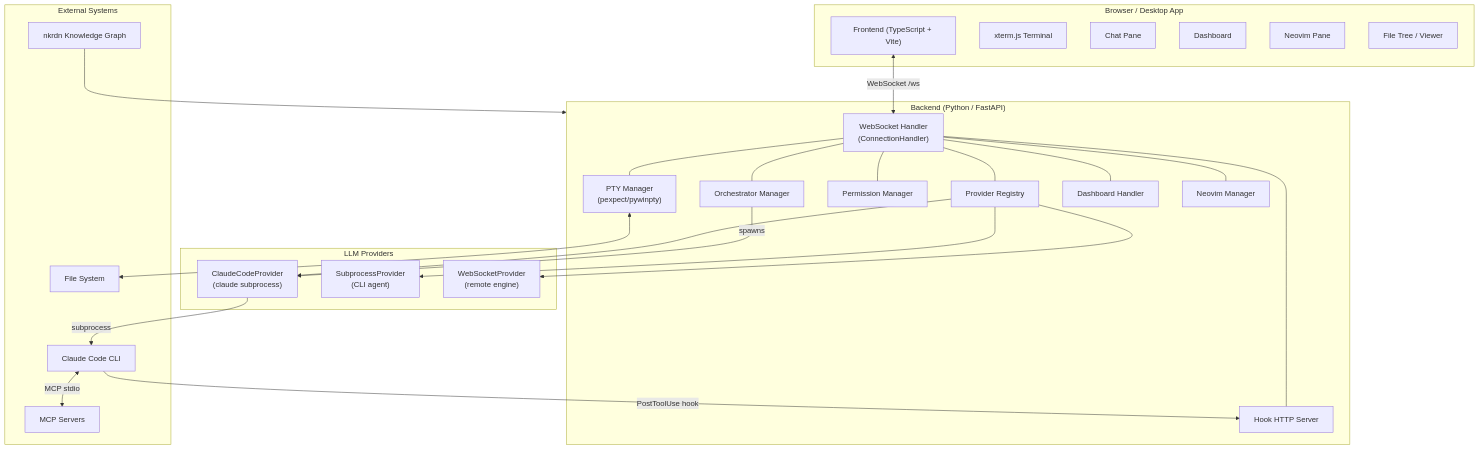
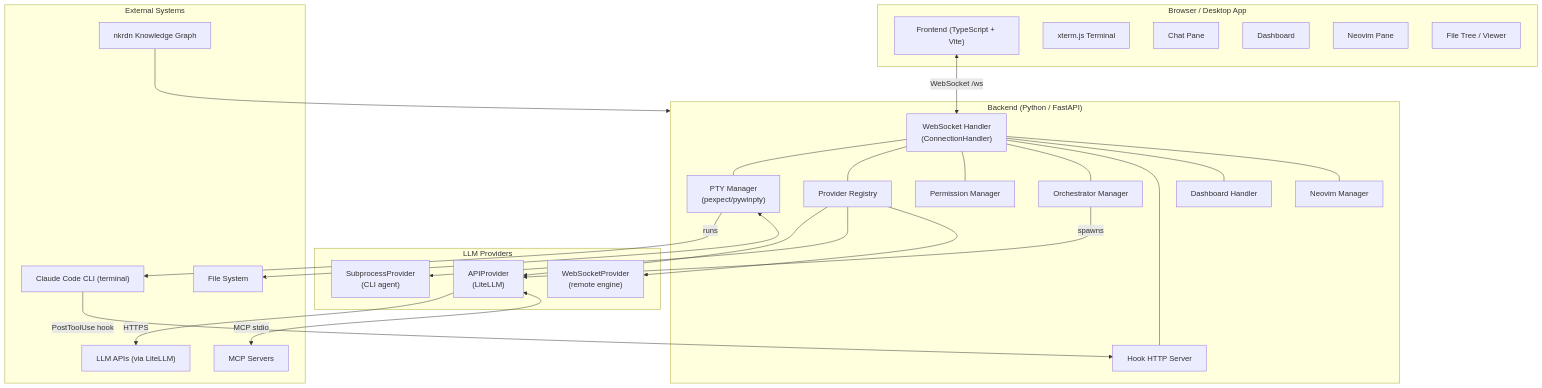
One commit to GTFerguson/cade changed the diagram in docs/architecture/overview.md. Above: the diagram before and after it, drawn with Mermaid. The commit also changed other lines of this file and 14 other files, not shown here.

First line of the commit message:
Providers: remove headless claude-code -p provider

````diff
--- a/docs/architecture/overview.md
+++ b/docs/architecture/overview.md
@@ -19,56 +19,58 @@
 ```mermaid
 graph TB
     subgraph Client["Browser / Desktop App"]
         FE["Frontend (TypeScript + Vite)"]
         TERM["xterm.js Terminal"]
         CHAT["Chat Pane"]
         DASH["Dashboard"]
         NV["Neovim Pane"]
         FT["File Tree / Viewer"]
     end
 
     subgraph Backend["Backend (Python / FastAPI)"]
         WS["WebSocket Handler\n(ConnectionHandler)"]
         PTY["PTY Manager\n(pexpect/pywinpty)"]
         PROV["Provider Registry"]
         PERM["Permission Manager"]
         ORCH["Orchestrator Manager"]
         HOOK["Hook HTTP Server"]
         DASH_BE["Dashboard Handler"]
         NV_BE["Neovim Manager"]
     end
 
     subgraph Providers["LLM Providers"]
-        CC["ClaudeCodeProvider\n(claude subprocess)"]
+        API["APIProvider\n(LiteLLM)"]
         SP["SubprocessProvider\n(CLI agent)"]
         WS_P["WebSocketProvider\n(remote engine)"]
     end
 
     subgraph External["External Systems"]
-        CLAUDE["Claude Code CLI"]
+        CLAUDE["Claude Code CLI (terminal)"]
+        LLM["LLM APIs (via LiteLLM)"]
         MCP["MCP Servers"]
         NKRDN["nkrdn Knowledge Graph"]
         FS["File System"]
     end
 
     FE <-->|"WebSocket /ws"| WS
     WS --- PTY
     WS --- PROV
     WS --- PERM
     WS --- ORCH
     WS --- HOOK
     WS --- DASH_BE
     WS --- NV_BE
 
-    PROV --> CC
+    PROV --> API
     PROV --> SP
     PROV --> WS_P
 
-    CC -->|subprocess| CLAUDE
-    CLAUDE <-->|MCP stdio| MCP
+    API -->|HTTPS| LLM
+    API <-->|MCP stdio| MCP
+    PTY -->|runs| CLAUDE
     CLAUDE -->|PostToolUse hook| HOOK
 
     PTY <--> FS
-    ORCH -->|spawns| CC
+    ORCH -->|spawns| API
     NKRDN --> Backend
 ```
````
